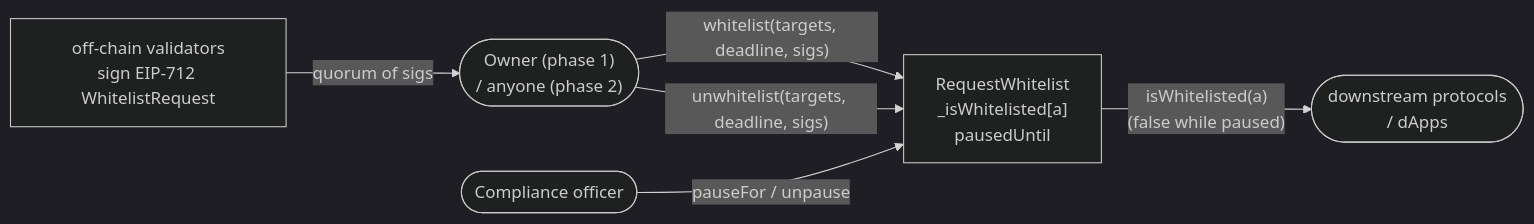
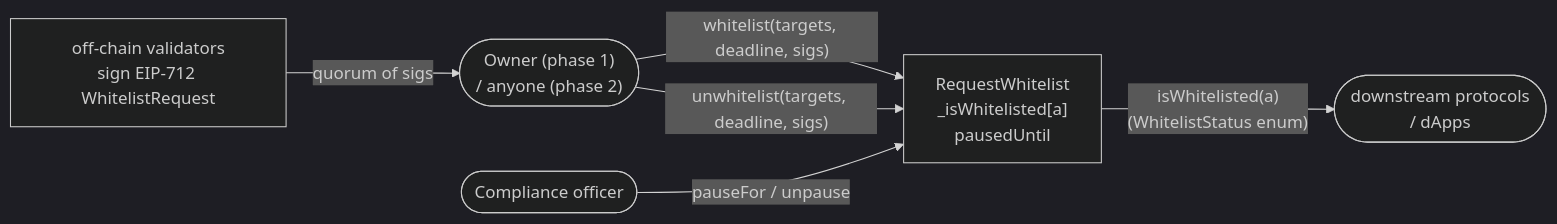
One commit to 3FLabs/3f-request-whitelist changed the diagram in README.md. Above: the diagram before and after it, drawn with Mermaid (dark theme). The commit also changed other lines of this file and 6 other files, not shown here.

````diff
--- a/README.md
+++ b/README.md
@@ -13,14 +16,14 @@
 ```mermaid
 flowchart LR
     V["off-chain validators<br/>sign EIP-712 WhitelistRequest"]
     S(["Owner (phase 1)<br/>/ anyone (phase 2)"])
     C(["Compliance officer"])
     WL["RequestWhitelist<br/>_isWhitelisted[a]<br/>pausedUntil"]
     D(["downstream protocols<br/>/ dApps"])
 
     V -- "quorum of sigs" --> S
     S -- "whitelist(targets, deadline, sigs)" --> WL
     S -- "unwhitelist(targets, deadline, sigs)" --> WL
     C -- "pauseFor / unpause" --> WL
-    WL -- "isWhitelisted(a)<br/>(false while paused)" --> D
+    WL -- "isWhitelisted(a)<br/>(WhitelistStatus enum)" --> D
 ```
````
